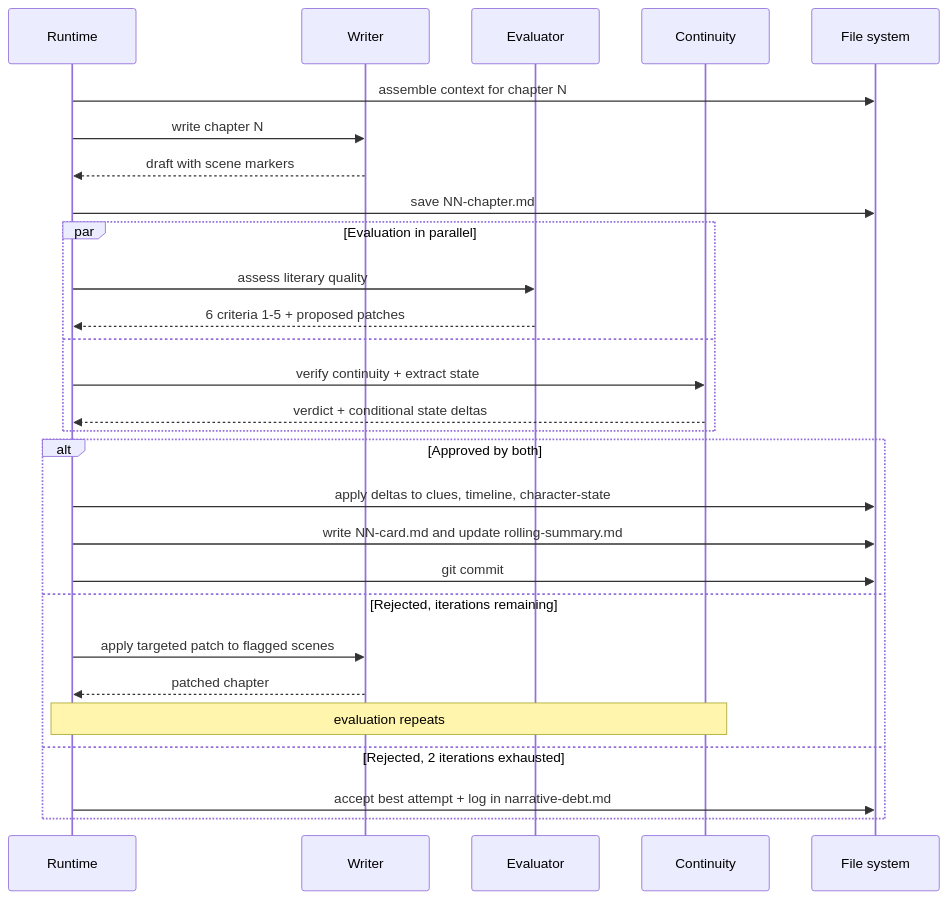
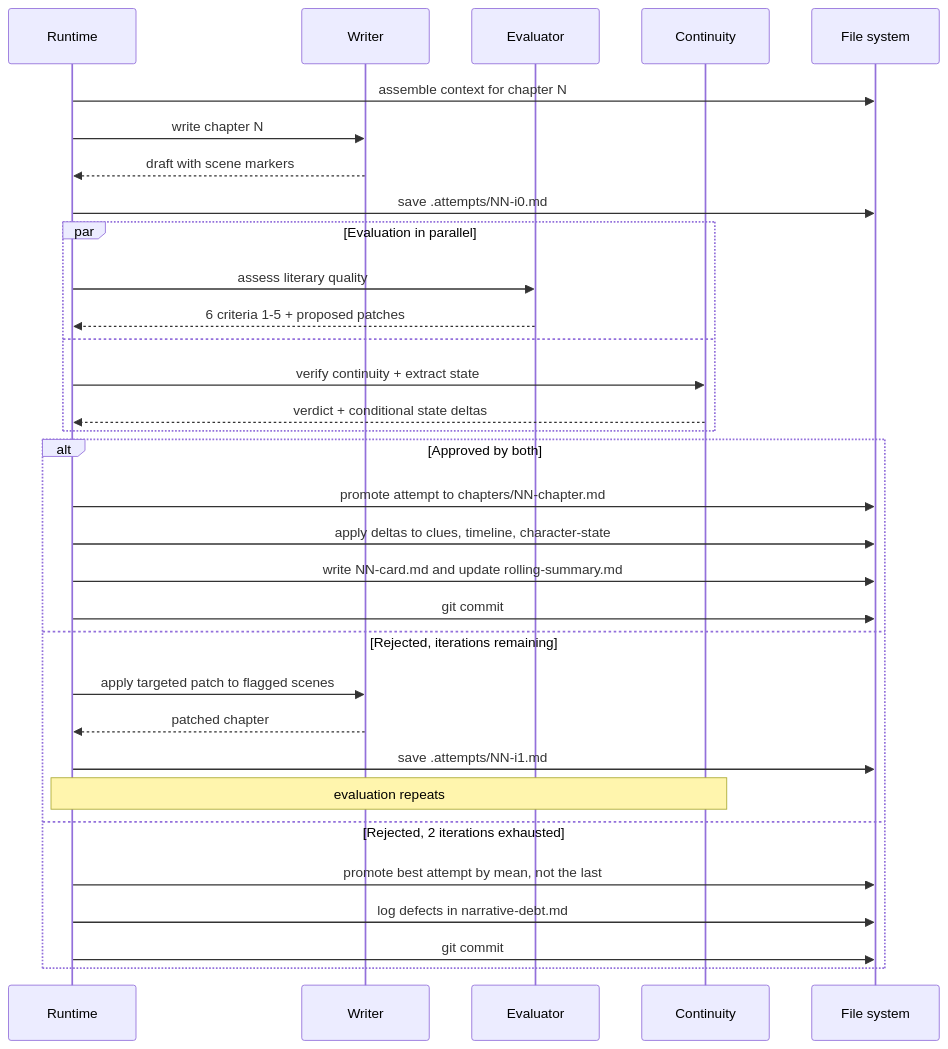
The second of 5 diagrams in docs/suspense-novel-harness.md (4rtuz/story-maker), drawn with Mermaid before and after one commit. The commit also changed other lines of this file and 2 other files, not shown here.

````diff
--- a/docs/suspense-novel-harness.md
+++ b/docs/suspense-novel-harness.md
@@ -164,31 +171,35 @@
 ```mermaid
 sequenceDiagram
     participant R as Runtime
     participant E as Writer
     participant V as Evaluator
     participant C as Continuity
     participant F as File system
 
     R->>F: assemble context for chapter N
     R->>E: write chapter N
     E-->>R: draft with scene markers
-    R->>F: save NN-chapter.md
+    R->>F: save .attempts/NN-i0.md
     par Evaluation in parallel
         R->>V: assess literary quality
         V-->>R: 6 criteria 1-5 + proposed patches
     and
         R->>C: verify continuity + extract state
         C-->>R: verdict + conditional state deltas
     end
     alt Approved by both
+        R->>F: promote attempt to chapters/NN-chapter.md
         R->>F: apply deltas to clues, timeline, character-state
         R->>F: write NN-card.md and update rolling-summary.md
         R->>F: git commit
     else Rejected, iterations remaining
         R->>E: apply targeted patch to flagged scenes
         E-->>R: patched chapter
+        R->>F: save .attempts/NN-i1.md
         Note over R,C: evaluation repeats
     else Rejected, 2 iterations exhausted
-        R->>F: accept best attempt + log in narrative-debt.md
+        R->>F: promote best attempt by mean, not the last
+        R->>F: log defects in narrative-debt.md
+        R->>F: git commit
     end
 ```
````
